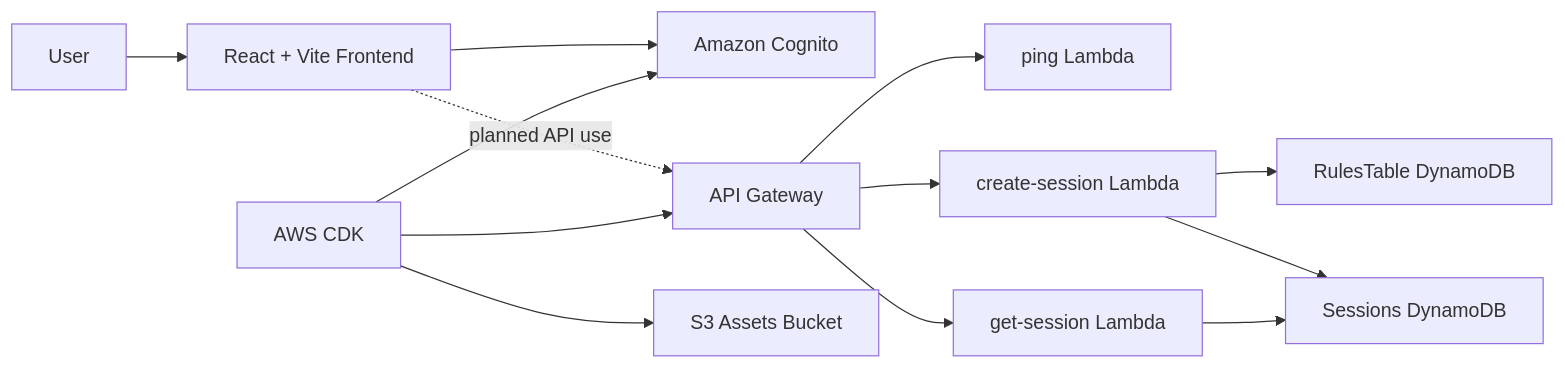
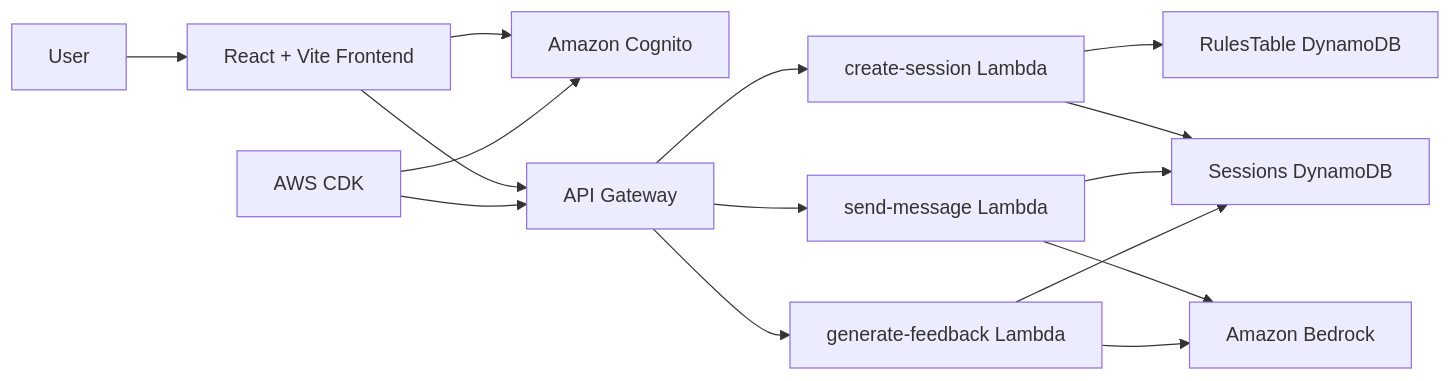
The diagram in README.md (Ayaansh08/neurobridge), drawn with Mermaid before and after one commit. The commit also changed other lines of this file and 1 other file, not shown here.

````diff
--- a/README.md
+++ b/README.md
@@ -79,15 +22,17 @@
 ```mermaid
 flowchart LR
     User[User] --> Frontend[React + Vite Frontend]
     Frontend --> Cognito[Amazon Cognito]
-    Frontend -. planned API use .-> API[API Gateway]
-    API --> Ping[ping Lambda]
+    Frontend --> API[API Gateway]
     API --> CreateSession[create-session Lambda]
-    API --> GetSession[get-session Lambda]
+    API --> SendMessage[send-message Lambda]
+    API --> GenerateFeedback[generate-feedback Lambda]
     CreateSession --> Rules[RulesTable DynamoDB]
     CreateSession --> Sessions[Sessions DynamoDB]
-    GetSession --> Sessions
+    SendMessage --> Sessions
+    SendMessage --> Bedrock[Amazon Bedrock]
+    GenerateFeedback --> Sessions
+    GenerateFeedback --> Bedrock
     CDK[AWS CDK] --> Cognito
     CDK --> API
-    CDK --> Assets[S3 Assets Bucket]
 ```
````
